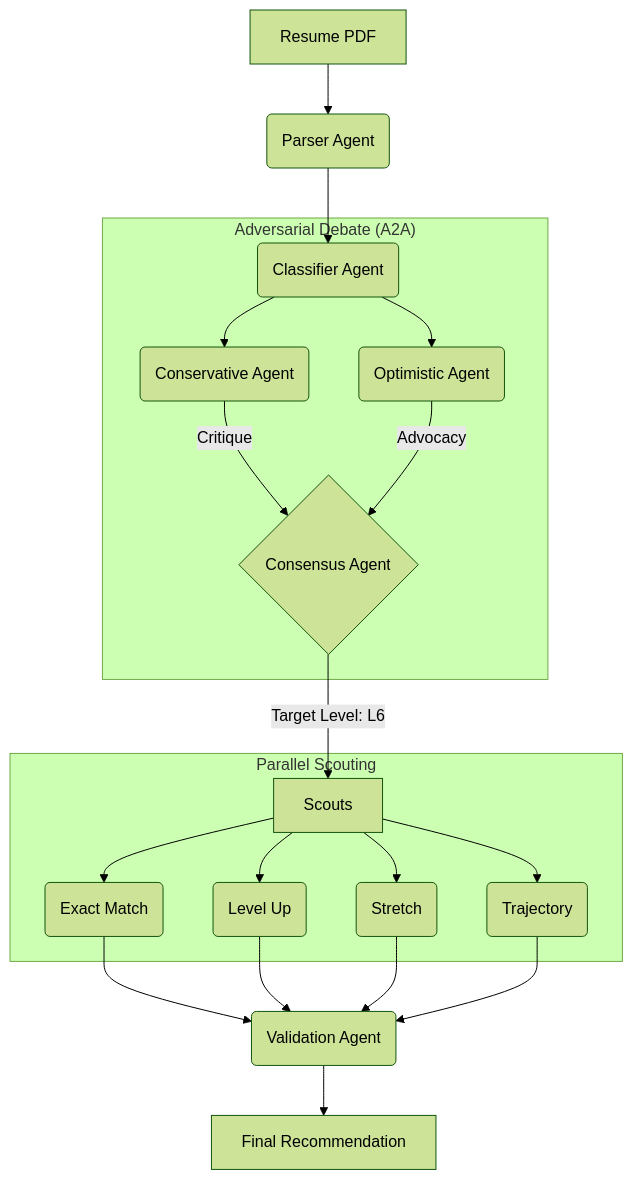
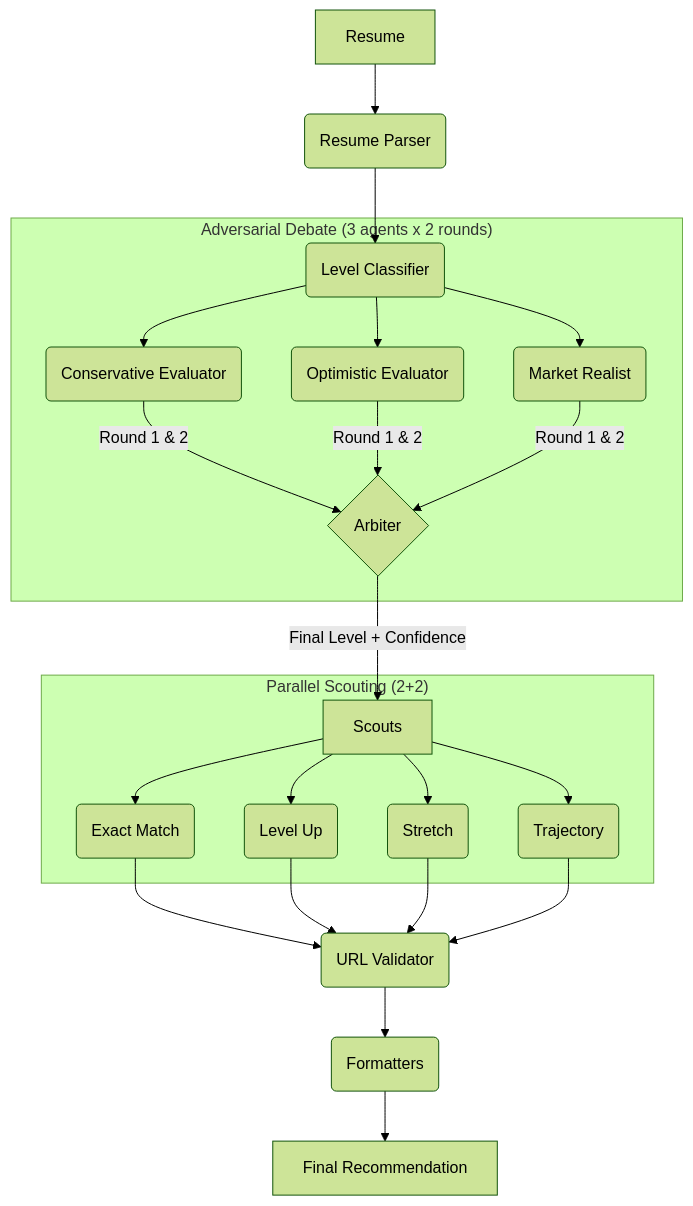
One commit to yagbre21/google-adk-capstone changed the diagram in README.md. Above: the diagram before and after it, drawn with Mermaid (forest theme). The commit also changed other lines of this file, not shown here.

First line of the commit message:
Update README with production Arbiter evolution

````diff
--- a/README.md
+++ b/README.md
@@ -19,28 +23,31 @@
 ```mermaid
 graph TD
-    User[Resume PDF] --> Parser(Parser Agent)
-    Parser --> Classifier(Classifier Agent)
-    
-    subgraph "Adversarial Debate (A2A)"
-        Classifier --> Skeptic(Conservative Agent)
-        Classifier --> Optimist(Optimistic Agent)
-        Skeptic -- "Critique" --> Consensus{Consensus Agent}
-        Optimist -- "Advocacy" --> Consensus
+    User[Resume] --> Parser(Resume Parser)
+    Parser --> Classifier(Level Classifier)
+
+    subgraph "Adversarial Debate (3 agents x 2 rounds)"
+        Classifier --> Conservative(Conservative Evaluator)
+        Classifier --> Optimistic(Optimistic Evaluator)
+        Classifier --> Realist(Market Realist)
+        Conservative -- "Round 1 & 2" --> Arbiter{Arbiter}
+        Optimistic -- "Round 1 & 2" --> Arbiter
+        Realist -- "Round 1 & 2" --> Arbiter
     end
-    
-    Consensus -- "Target Level: L6" --> Scouts
-    
-    subgraph "Parallel Scouting"
+
+    Arbiter -- "Final Level + Confidence" --> Scouts
+
+    subgraph "Parallel Scouting (2+2)"
         Scouts --> Exact(Exact Match)
         Scouts --> LevelUp(Level Up)
         Scouts --> Stretch(Stretch)
         Scouts --> Trajectory(Trajectory)
     end
-    
-    Exact --> Validator(Validation Agent)
+
+    Exact --> Validator(URL Validator)
     LevelUp --> Validator
     Stretch --> Validator
     Trajectory --> Validator
-    
-    Validator --> Output[Final Recommendation]
+
+    Validator --> Formatter(Formatters)
+    Formatter --> Output[Final Recommendation]
 ```
````
